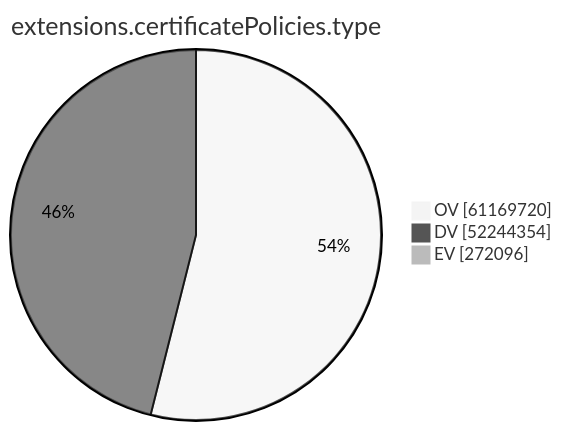
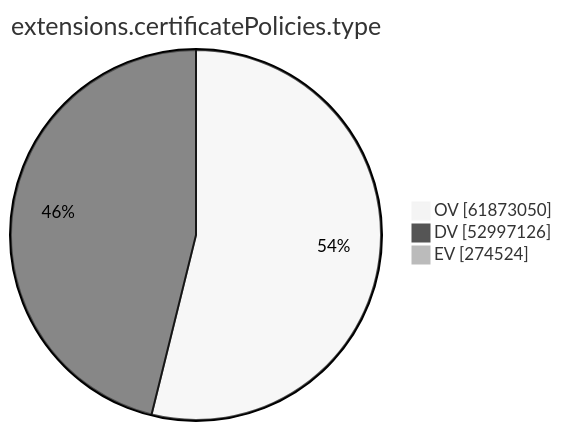
Before and after one commit to christiankrug/ctmonitor_visualization: the ninth of 15 diagrams in xenon2023/README.md, drawn with Mermaid (neutral theme). The commit also changed other lines of this file, not shown here.

````diff
--- a/xenon2023/README.md
+++ b/xenon2023/README.md
@@ -2151,7 +2151,7 @@
 ```mermaid
 pie showData
 title extensions.certificatePolicies.type
-"OV" :61169720
-"DV" :52244354
-"EV" :272096
+"OV" :61873050
+"DV" :52997126
+"EV" :274524
 ```
````
